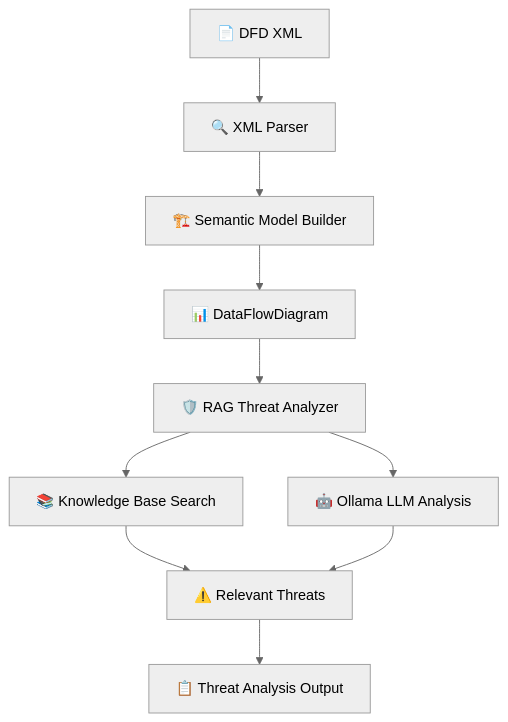
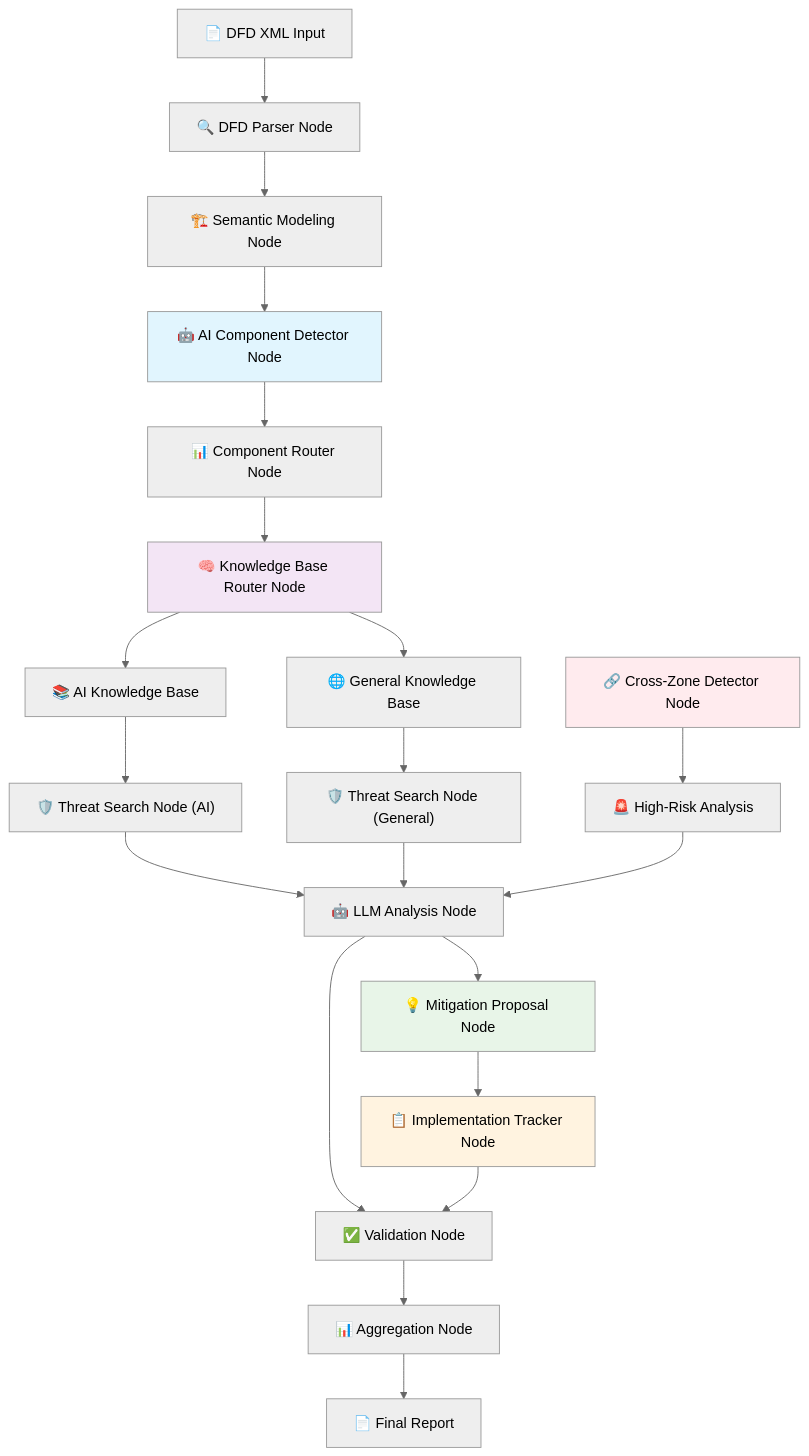
Before and after one commit to fennih/fraitmo: the first of 2 diagrams in README.md, drawn with Mermaid (neutral theme). The commit also changed other lines of this file and 12 other files, not shown here.

````diff
--- a/README.md
+++ b/README.md
@@ -140,12 +160,36 @@
 ```mermaid
 graph TD
-    A["📄 DFD XML"] --> B["🔍 XML Parser"]
-    B --> C["🏗️ Semantic Model Builder"]
-    C --> D["📊 DataFlowDiagram"]
-    D --> E["🛡️ RAG Threat Analyzer"]
-    E --> F["📚 Knowledge Base Search"]
-    E --> G["🤖 Ollama LLM Analysis"]
-    F --> H["⚠️ Relevant Threats"]
-    G --> H
-    H --> I["📋 Threat Analysis Output"]
+    A["📄 DFD XML Input"] --> B["🔍 DFD Parser Node"]
+    B --> C["🏗️ Semantic Modeling Node"]
+    C --> D["🤖 AI Component Detector Node"]
+    
+    D --> E["📊 Component Router Node"]
+    E --> F["🧠 Knowledge Base Router Node"]
+    
+    F --> G["📚 AI Knowledge Base"]
+    F --> H["🌐 General Knowledge Base"]
+    
+    G --> I["🛡️ Threat Search Node (AI)"]
+    H --> J["🛡️ Threat Search Node (General)"]
+    
+    I --> K["🤖 LLM Analysis Node"]
+    J --> K
+    
+    K --> L["💡 Mitigation Proposal Node"]
+    L --> M["📋 Implementation Tracker Node"]
+    
+    N["🔗 Cross-Zone Detector Node"] --> O["🚨 High-Risk Analysis"]
+    O --> K
+    
+    P["✅ Validation Node"] --> Q["📊 Aggregation Node"]
+    K --> P
+    M --> P
+    
+    Q --> R["📄 Final Report"]
+    
+    style D fill:#e1f5fe
+    style F fill:#f3e5f5
+    style L fill:#e8f5e8
+    style M fill:#fff3e0
+         style N fill:#ffebee
 ```
````
